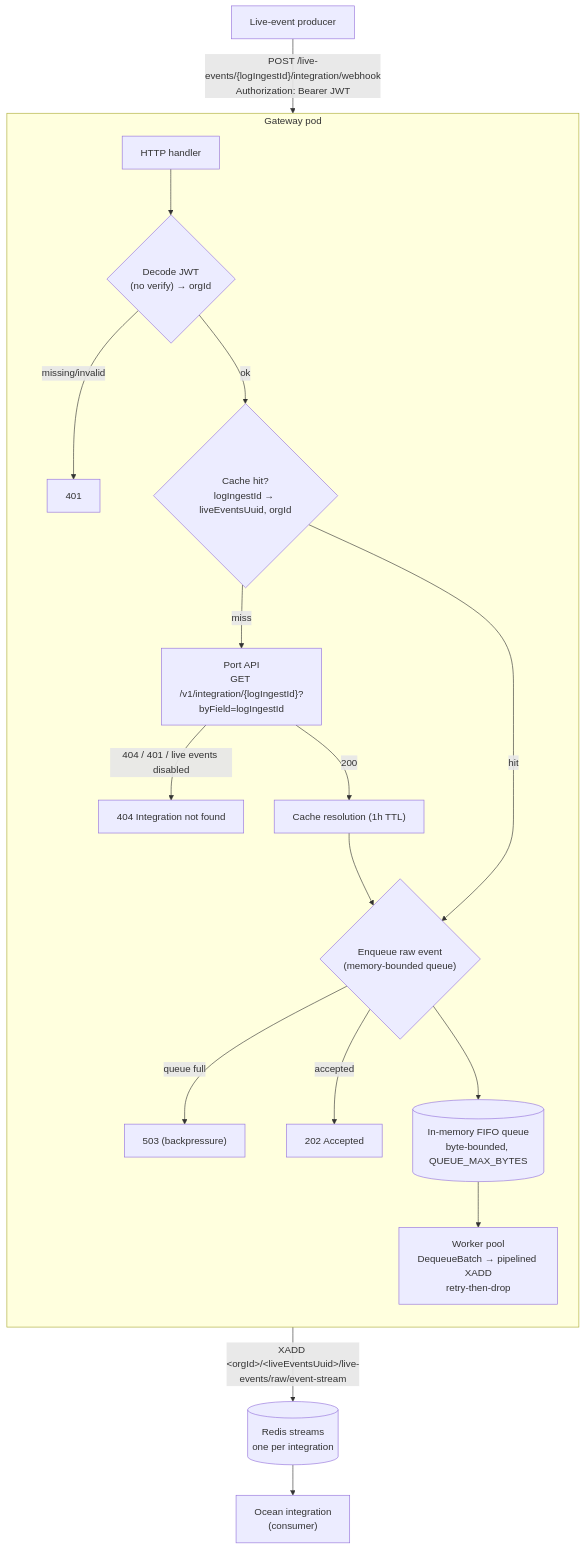
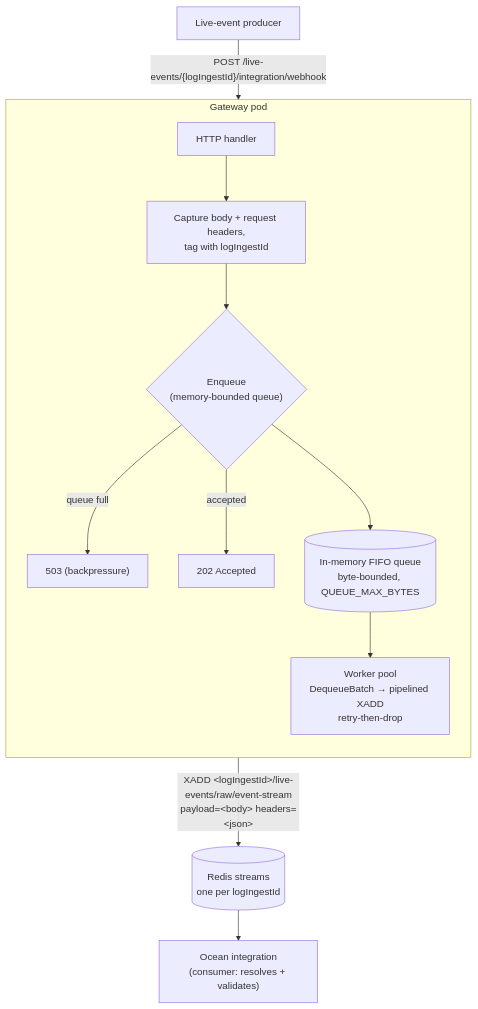
The diagram in README.md (port-labs/ocean-gateway), drawn with Mermaid before and after one commit. The commit also changed other lines of this file and 21 other files, not shown here.

First line of the commit message:
Simplify gateway to pure buffer; add payload+headers and stream TTLs

````diff
--- a/README.md
+++ b/README.md
@@ -8,25 +9,19 @@
 ```mermaid
 flowchart TD
-    P["Live-event producer"] -->|"POST /live-events/{logIngestId}/integration/webhook<br/>Authorization: Bearer JWT"| H
+    P["Live-event producer"] -->|"POST /live-events/{logIngestId}/integration/webhook"| H
 
     subgraph GW["Gateway pod"]
         direction TB
-        H["HTTP handler"] --> J{"Decode JWT<br/>(no verify) → orgId"}
-        J -->|missing/invalid| E401["401"]
-        J -->|ok| C{"Cache hit?<br/>logIngestId → liveEventsUuid, orgId"}
-        C -->|miss| API["Port API<br/>GET /v1/integration/{logIngestId}?byField=logIngestId"]
-        API -->|"404 / 401 / live events disabled"| E404["404 Integration not found"]
-        API -->|200| SET["Cache resolution (1h TTL)"]
-        SET --> ENQ
-        C -->|hit| ENQ{"Enqueue raw event<br/>(memory-bounded queue)"}
+        H["HTTP handler"] --> CAP["Capture body + request headers,<br/>tag with logIngestId"]
+        CAP --> ENQ{"Enqueue<br/>(memory-bounded queue)"}
         ENQ -->|queue full| E503["503 (backpressure)"]
         ENQ -->|accepted| OK["202 Accepted"]
 
         Q[("In-memory FIFO queue<br/>byte-bounded, QUEUE_MAX_BYTES")]
         ENQ --> Q
         Q --> W["Worker pool<br/>DequeueBatch → pipelined XADD<br/>retry-then-drop"]
     end
 
-    W -->|"XADD &lt;orgId&gt;/&lt;liveEventsUuid&gt;/live-events/raw/event-stream"| R[("Redis streams<br/>one per integration")]
-    R --> OI["Ocean integration<br/>(consumer)"]
+    W -->|"XADD &lt;logIngestId&gt;/live-events/raw/event-stream<br/>payload=&lt;body&gt; headers=&lt;json&gt;"| R[("Redis streams<br/>one per logIngestId")]
+    R --> OI["Ocean integration<br/>(consumer: resolves + validates)"]
 ```
````
